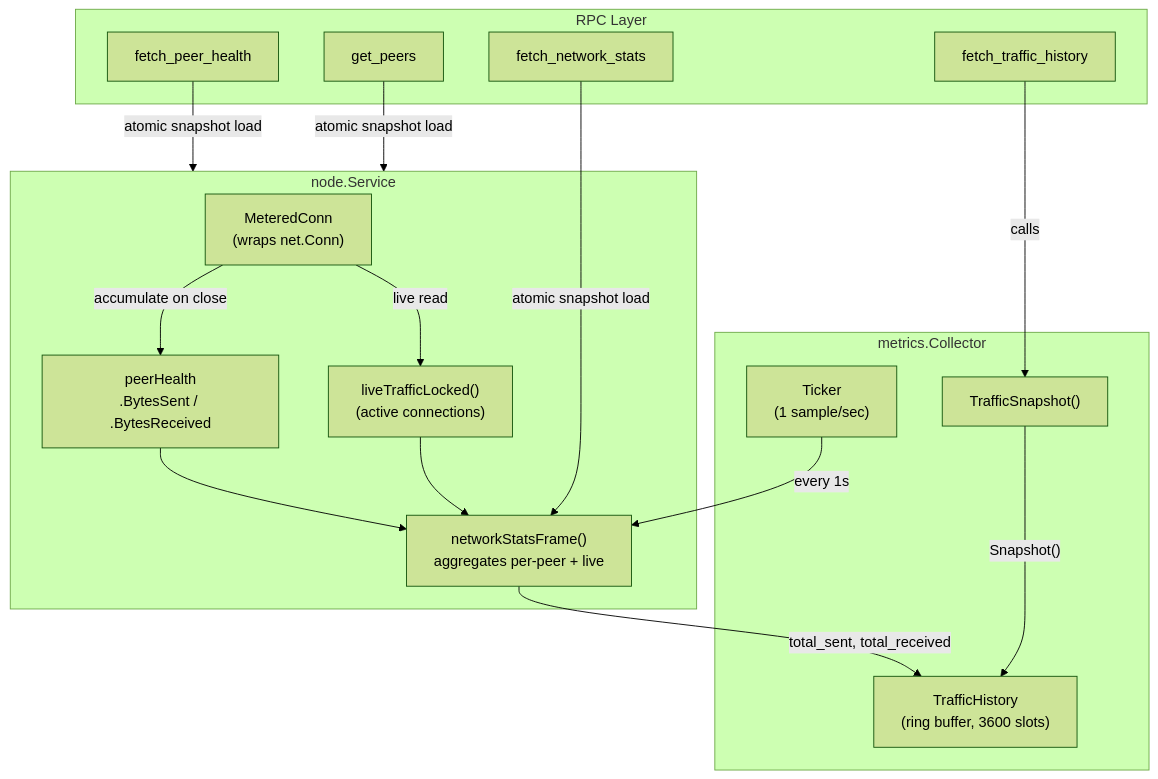
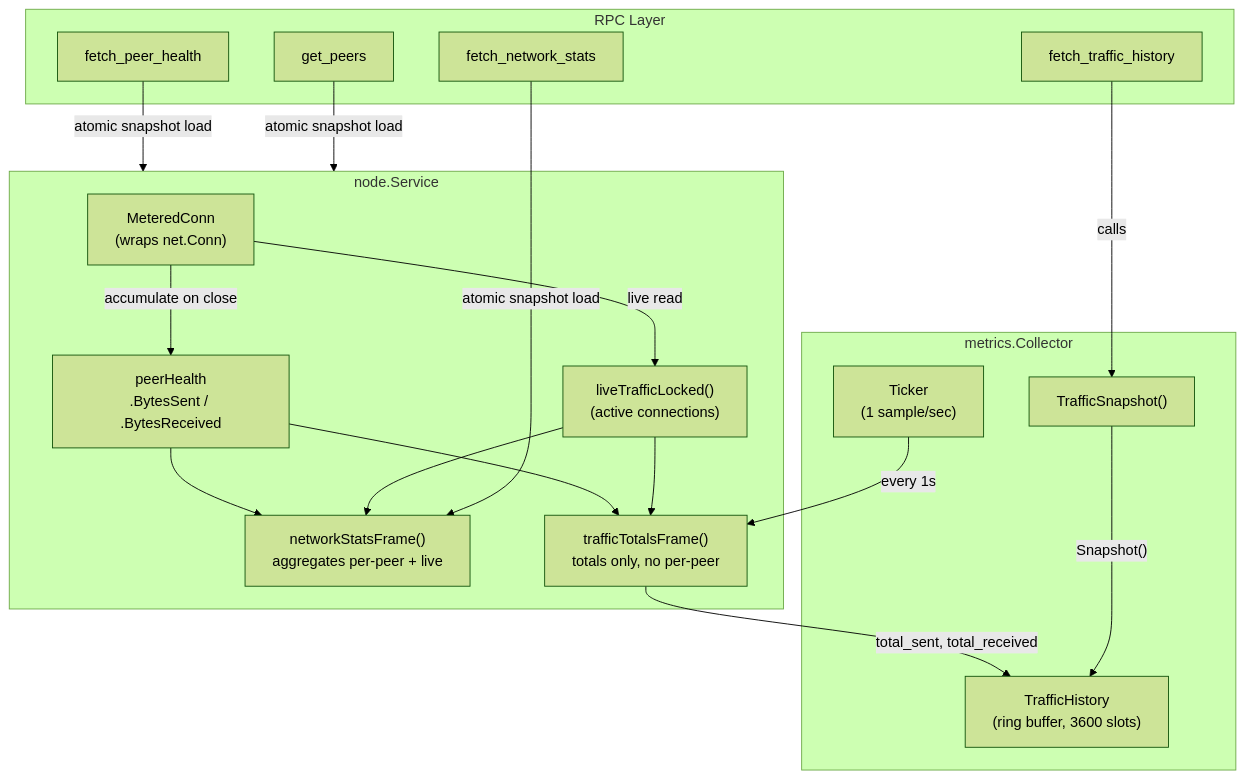
One commit to piratecash/corsa changed the first of 2 diagrams in docs/metrics.md. Above: the diagram before and after it, drawn with Mermaid (forest theme). The commit also changed other lines of this file and 6 other files, not shown here.

````diff
--- a/docs/metrics.md
+++ b/docs/metrics.md
@@ -11,34 +11,37 @@
 ```mermaid
 graph TB
     subgraph Node["node.Service"]
         MC["MeteredConn<br/>(wraps net.Conn)"]
         PH["peerHealth<br/>.BytesSent / .BytesReceived"]
         LT["liveTrafficLocked()<br/>(active connections)"]
         NSF["networkStatsFrame()<br/>aggregates per-peer + live"]
+        TTF["trafficTotalsFrame()<br/>totals only, no per-peer"]
         MC -->|"accumulate on close"| PH
         MC -->|"live read"| LT
         PH --> NSF
         LT --> NSF
+        PH --> TTF
+        LT --> TTF
     end
 
     subgraph Metrics["metrics.Collector"]
         TH["TrafficHistory<br/>(ring buffer, 3600 slots)"]
         TICK["Ticker<br/>(1 sample/sec)"]
         SNAP["TrafficSnapshot()"]
     end
 
     subgraph RPC["RPC Layer"]
         CMD["fetch_traffic_history"]
         CMD_NS["fetch_network_stats"]
         CMD_PH["fetch_peer_health"]
         CMD_GP["get_peers"]
     end
 
-    TICK -->|"every 1s"| NSF
-    NSF -->|"total_sent, total_received"| TH
+    TICK -->|"every 1s"| TTF
+    TTF -->|"total_sent, total_received"| TH
     SNAP -->|"Snapshot()"| TH
     CMD -->|"calls"| SNAP
     CMD_NS -->|"atomic snapshot load"| NSF
     CMD_PH -->|"atomic snapshot load"| Node
     CMD_GP -->|"atomic snapshot load"| Node
 ```
````
